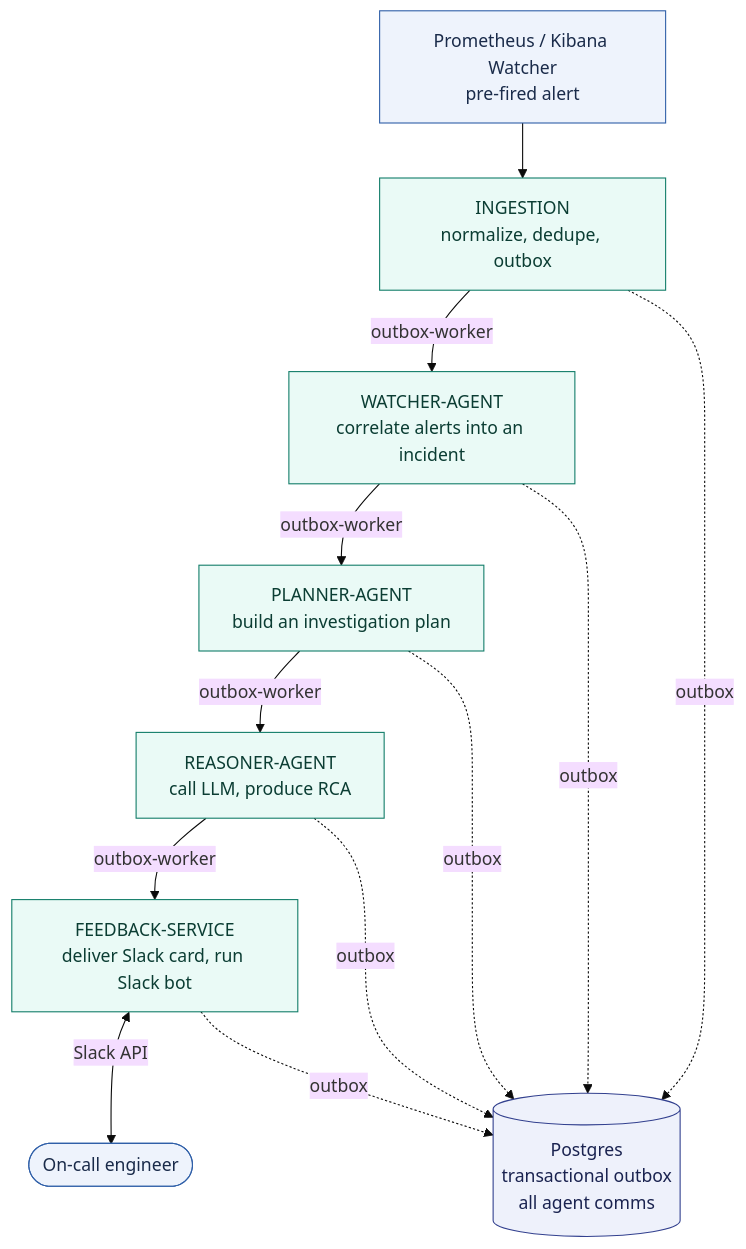
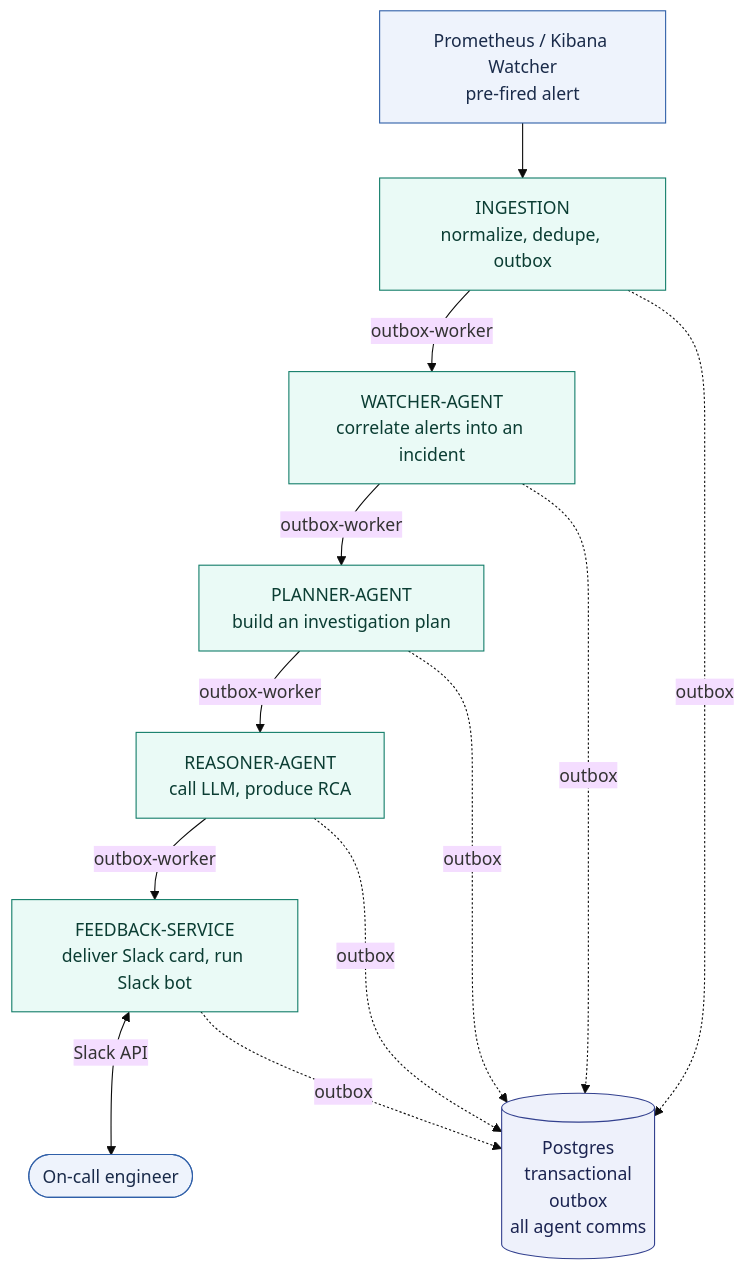
One commit to k-kohli10/radar-system changed the diagram in docs/architecture/system-overview.md. Above: the diagram before and after it, drawn with Mermaid (base theme). The commit also changed other lines of this file and 27 other files, not shown here.

````diff
--- a/docs/architecture/system-overview.md
+++ b/docs/architecture/system-overview.md
@@ -59,32 +59,32 @@
 ```mermaid
 flowchart TB
     ext["Prometheus / Kibana Watcher<br/>pre-fired alert"]
     ing["INGESTION<br/>normalize, dedupe, outbox"]
     watcher["WATCHER-AGENT<br/>correlate alerts into an incident"]
     planner["PLANNER-AGENT<br/>build an investigation plan"]
     reasoner["REASONER-AGENT<br/>call LLM, produce RCA"]
     feedback["FEEDBACK-SERVICE<br/>deliver Slack card, run Slack bot"]
     oncall(["On-call engineer"])
-    pg[("Postgres<br/>transactional outbox<br/>all agent comms")]
+    pg[("Postgres<br/>transactional<br/>outbox<br/>all agent comms")]
 
     ext --> ing
     ing -- outbox-worker --> watcher
     watcher -- outbox-worker --> planner
     planner -- outbox-worker --> reasoner
     reasoner -- outbox-worker --> feedback
     feedback <-- Slack API --> oncall
 
     ing -. outbox .-> pg
     watcher -. outbox .-> pg
     planner -. outbox .-> pg
     reasoner -. outbox .-> pg
     feedback -. outbox .-> pg
 
     classDef external fill:#eef3fc,stroke:#2f5fa8,color:#1a2b4a;
     classDef agent fill:#eafaf6,stroke:#127d69,color:#0b3d33;
     classDef store fill:#eef1fb,stroke:#33418f,color:#1a2350;
 
     class ext,oncall external
     class ing,watcher,planner,reasoner,feedback agent
     class pg store
 ```
````
